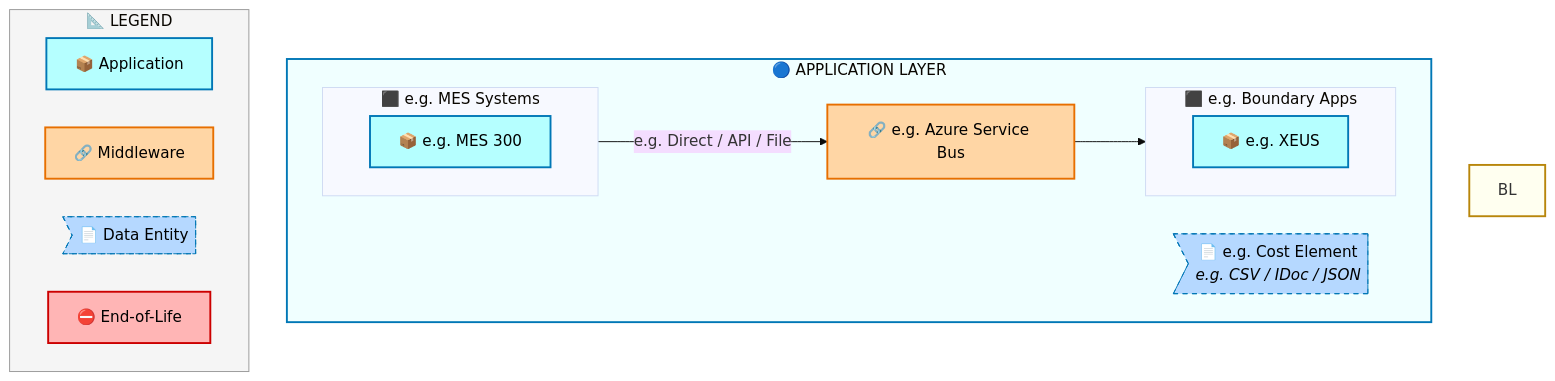
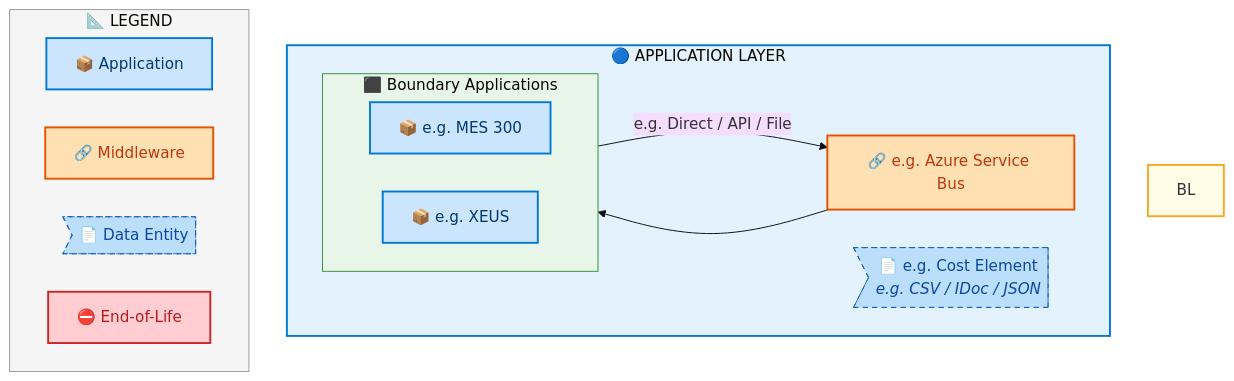
One commit to sajivfrancis777/IAO-Architecture changed the fourth of 7 diagrams in towers/E2E/Procure to Pay/E2E-121/output/docs/systems-architecture/E2E-121-Architecture.md. Above: the diagram before and after it, drawn with Mermaid. The commit also changed other lines of this file and 394 other files, not shown here.

First line of the commit message:
feat: structured layer ordering for Mermaid architecture diagrams

````diff
--- a/towers/E2E/Procure to Pay/E2E-121/output/docs/systems-architecture/E2E-121-Architecture.md
+++ b/towers/E2E/Procure to Pay/E2E-121/output/docs/systems-architecture/E2E-121-Architecture.md
@@ -382,39 +388,42 @@
 ```mermaid
 %%{init: {"theme": "base", "securityLevel": "loose", "themeVariables": {"fontSize": "16px", "fontFamily": "Segoe UI, Arial, sans-serif"}, "flowchart": {"useMaxWidth": false, "htmlLabels": true, "nodeSpacing": 40, "rankSpacing": 50}} }%%
 flowchart TB
-    %% -- ArchiMate-inspired style classes --
-    classDef business      fill:#FFFFB5,stroke:#B8860B,stroke-width:2px,color:#000
-    classDef app           fill:#B5FFFF,stroke:#0077B6,stroke-width:2px,color:#000
-    classDef data          fill:#B5D8FF,stroke:#0077B6,stroke-width:1px,color:#000,stroke-dasharray: 5 5
-    classDef middleware    fill:#FFD6A5,stroke:#E76F00,stroke-width:2px,color:#000
-    classDef eol           fill:#FFB5B5,stroke:#CC0000,stroke-width:2px,color:#000
+    %% -- ArchiMate 3.2 + Azure style classes --
+    classDef business      fill:#FFFFB3,stroke:#F9A825,stroke-width:2px,color:#000
+    classDef app           fill:#CCE5FF,stroke:#0078D4,stroke-width:2px,color:#003A6C
+    classDef data          fill:#BBDEFB,stroke:#1565C0,stroke-width:1px,color:#0D47A1,stroke-dasharray: 5 5
+    classDef middleware    fill:#FFE0B2,stroke:#E65100,stroke-width:2px,color:#BF360C
+    classDef eol           fill:#FFCDD2,stroke:#C62828,stroke-width:2px,color:#B71C1C
+    classDef saas          fill:#E1BEE7,stroke:#7B1FA2,stroke-width:2px,color:#4A148C
+    classDef cloud         fill:#BBDEFB,stroke:#1565C0,stroke-width:2px,color:#0D47A1
+    classDef onprem        fill:#C8E6C9,stroke:#2E7D32,stroke-width:2px,color:#1B5E20
 
     subgraph AL["🔵 APPLICATION LAYER"]
         direction LR
-        subgraph E2E121CLN_e_g_Boundary_Apps[" ⬛ e.g. Boundary Apps"]
-            direction LR
-            E2E121C_e_g_XEUS["📦 e.g. XEUS"]:::app
-        end
-        subgraph E2E121CLN_e_g_MES_Systems[" ⬛ e.g. MES Systems"]
+        subgraph E2E121CLN_Boundary_Applications[" ⬛ Boundary Applications"]
             direction LR
             E2E121C_e_g_MES_300["📦 e.g. MES 300"]:::app
+            E2E121C_e_g_XEUS["📦 e.g. XEUS"]:::app
         end
         E2E121CMW_e_g_Azure_Service_Bus["🔗 e.g. Azure Service Bus"]:::middleware
         E2E121CDE_e_g_Cost_Element>"📄 e.g. Cost Element<br/><i>e.g. CSV / IDoc / JSON</i>"]:::data
     end
 
     E2E121C_e_g_MES_300 -->|"e.g. Direct / API / File"| E2E121CMW_e_g_Azure_Service_Bus
     E2E121CMW_e_g_Azure_Service_Bus --> E2E121C_e_g_XEUS
 
-    style BL fill:#FFFFF0,stroke:#B8860B,stroke-width:2px
-    style AL fill:#F0FFFF,stroke:#0077B6,stroke-width:2px
+
+    style BL fill:#FFFDE7,stroke:#F9A825,stroke-width:2px
+    style AL fill:#E3F2FD,stroke:#0078D4,stroke-width:2px
+
+    style E2E121CLN_Boundary_Applications fill:#E8F5E9,stroke:#388E3C,stroke-width:1px
 
     subgraph Legend["📐 LEGEND"]
         direction LR
         L_APP["📦 Application"]:::app
         L_MW["🔗 Middleware"]:::middleware
         L_DE>"📄 Data Entity"]:::data
         L_EOL["⛔ End-of-Life"]:::eol
     end
     style Legend fill:#F5F5F5,stroke:#999,stroke-width:1px
 ```
````
